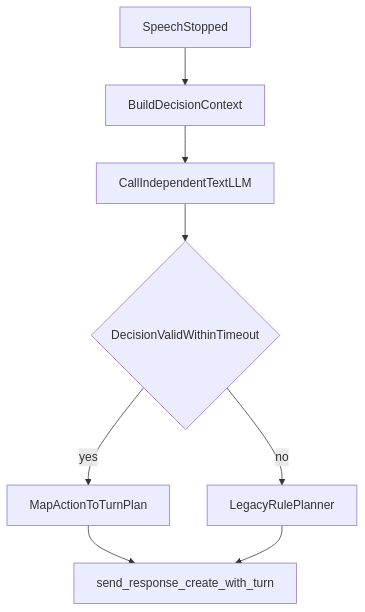
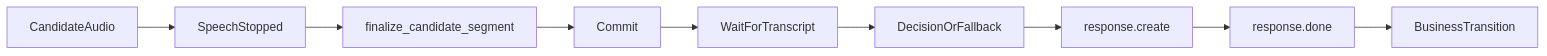
Before and after one commit to cziwen/AI_Interviewer: the third of 3 diagrams in spec_doc/03_features/03.2_realtime_interview.md, drawn with Mermaid. The commit also changed other lines of this file and 22 other files, not shown here.

````diff
--- a/spec_doc/03_features/03.2_realtime_interview.md
+++ b/spec_doc/03_features/03.2_realtime_interview.md
@@ -148,10 +92,21 @@
 ```mermaid
-flowchart TD
-    speechStopped[SpeechStopped] --> buildCtx[BuildDecisionContext]
-    buildCtx --> callDecision[CallIndependentTextLLM]
-    callDecision --> decisionOk{DecisionValidWithinTimeout}
-    decisionOk -->|yes| mapPlan[MapActionToTurnPlan]
-    decisionOk -->|no| legacyPlan[LegacyRulePlanner]
-    mapPlan --> sendTurn[send_response_create_with_turn]
-    legacyPlan --> sendTurn
+flowchart LR
+    candidateAudio[CandidateAudio]
+    speechStopped[SpeechStopped]
+    finalize[finalize_candidate_segment]
+    commitStage[Commit]
+    transcriptStage[WaitForTranscript]
+    decisionStage[DecisionOrFallback]
+    respondStage[response.create]
+    doneStage[response.done]
+    transitionStage[BusinessTransition]
+
+    candidateAudio --> speechStopped
+    speechStopped --> finalize
+    finalize --> commitStage
+    commitStage --> transcriptStage
+    transcriptStage --> decisionStage
+    decisionStage --> respondStage
+    respondStage --> doneStage
+    doneStage --> transitionStage
 ```
````
